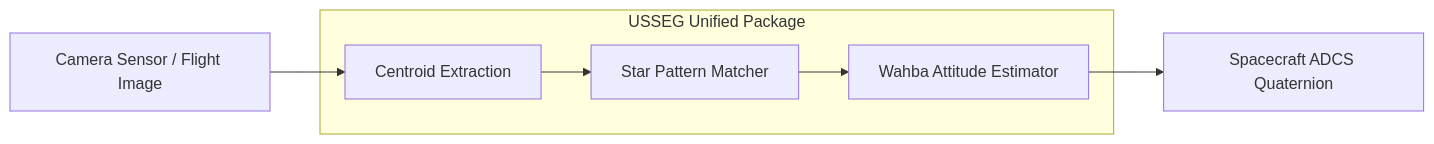
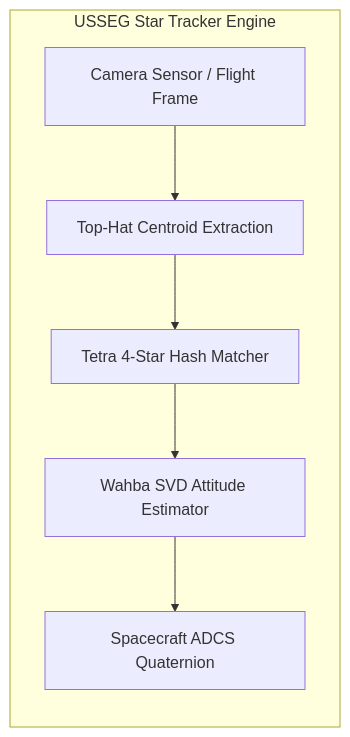
One commit to itschnmy/usseg_startracker changed the diagram in docs/README.md. Above: the diagram before and after it, drawn with Mermaid. The commit also changed 2 other files, not shown here.

Commit message:
refactor(docs): standardize all mermaid diagrams to high-performance graph LR/TD syntax with balanced layout and zero parse failure

````diff
--- a/docs/README.md
+++ b/docs/README.md
@@ -41,13 +41,10 @@
 ```mermaid
-flowchart LR
-    A["Camera Sensor / Flight Image"] --> B["Centroid Extraction"]
-    B --> C["Star Pattern Matcher"]
-    C --> D["Wahba Attitude Estimator"]
-    D --> E["Spacecraft ADCS Quaternion"]
-
-    subgraph USSEG_Module["USSEG Unified Package"]
-        B
-        C
-        D
+graph LR
+    subgraph USSEG["USSEG Star Tracker Engine"]
+        direction TB
+        E1["Camera Sensor / Flight Frame"] --> E2["Top-Hat Centroid Extraction"]
+        E2 --> E3["Tetra 4-Star Hash Matcher"]
+        E3 --> E4["Wahba SVD Attitude Estimator"]
+        E4 --> E5["Spacecraft ADCS Quaternion"]
     end
 ```
````
